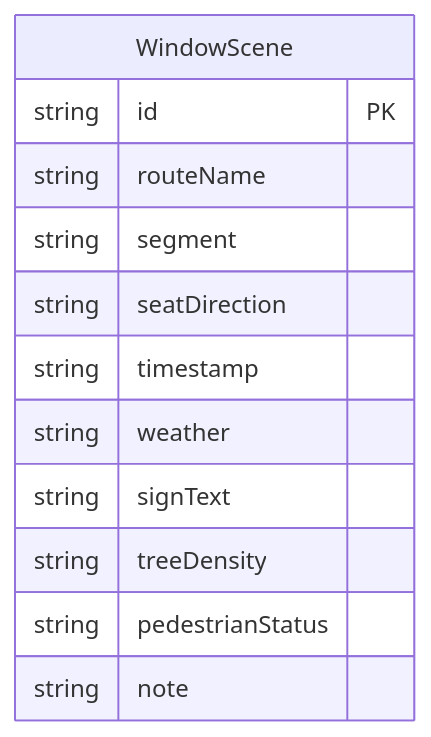
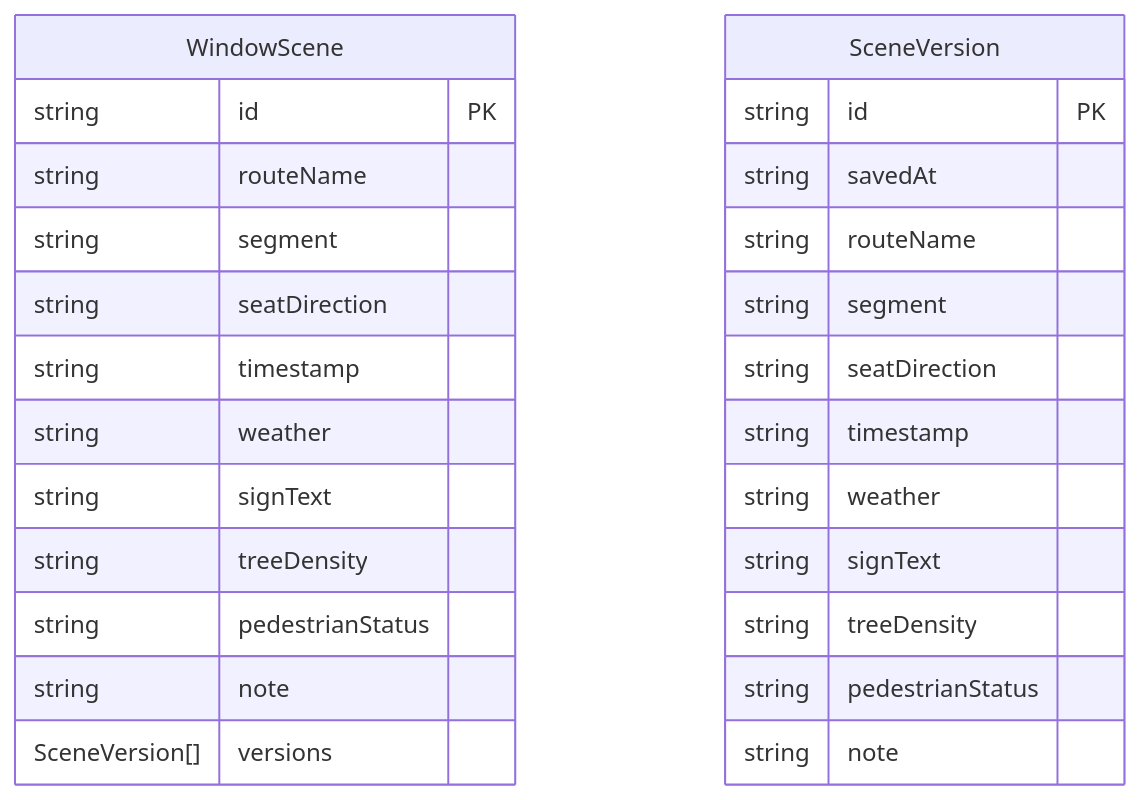
Before and after one commit to aliAjax/pair-wise-yf-4-j63t: the second of 2 diagrams in .trae/documents/tech-architecture.md, drawn with Mermaid. The commit also changed other lines of this file and 7 other files, not shown here.

````diff
--- a/.trae/documents/tech-architecture.md
+++ b/.trae/documents/tech-architecture.md
@@ -45,15 +47,29 @@
 ```mermaid
 erDiagram
     WindowScene {
         string id PK
         string routeName
         string segment
         string seatDirection
         string timestamp
         string weather
         string signText
         string treeDensity
         string pedestrianStatus
         string note
+        SceneVersion[] versions
+    }
+    SceneVersion {
+        string id PK
+        string savedAt
+        string routeName
+        string segment
+        string seatDirection
+        string timestamp
+        string weather
+        string signText
+        string treeDensity
+        string pedestrianStatus
+        string note
     }
 ```
````
